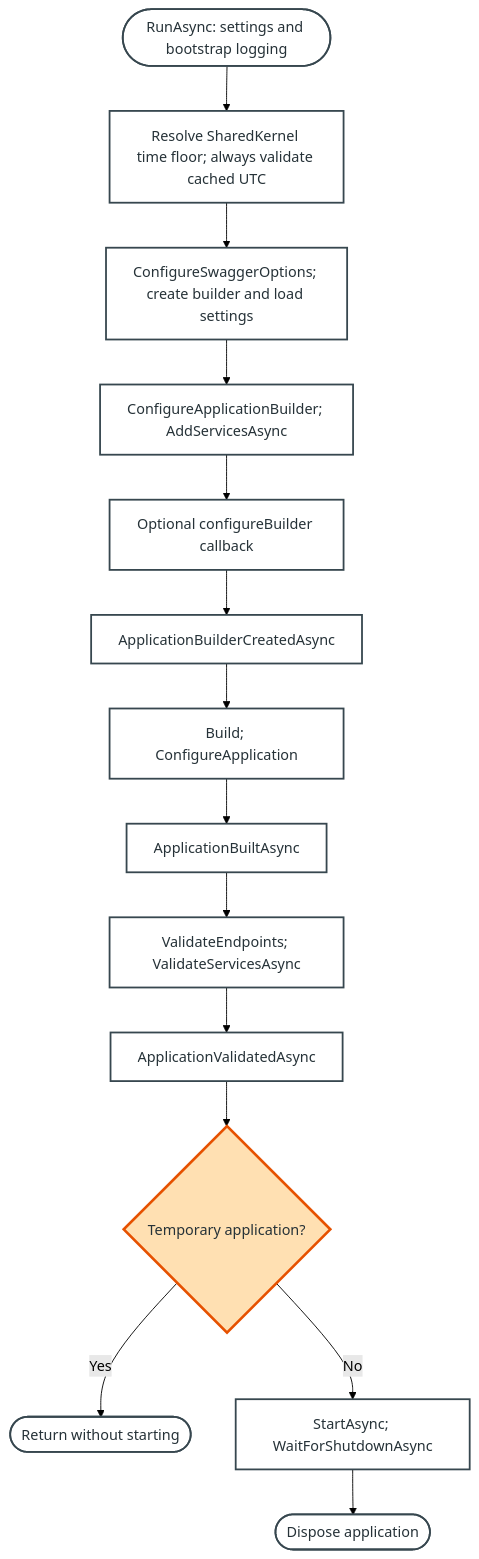
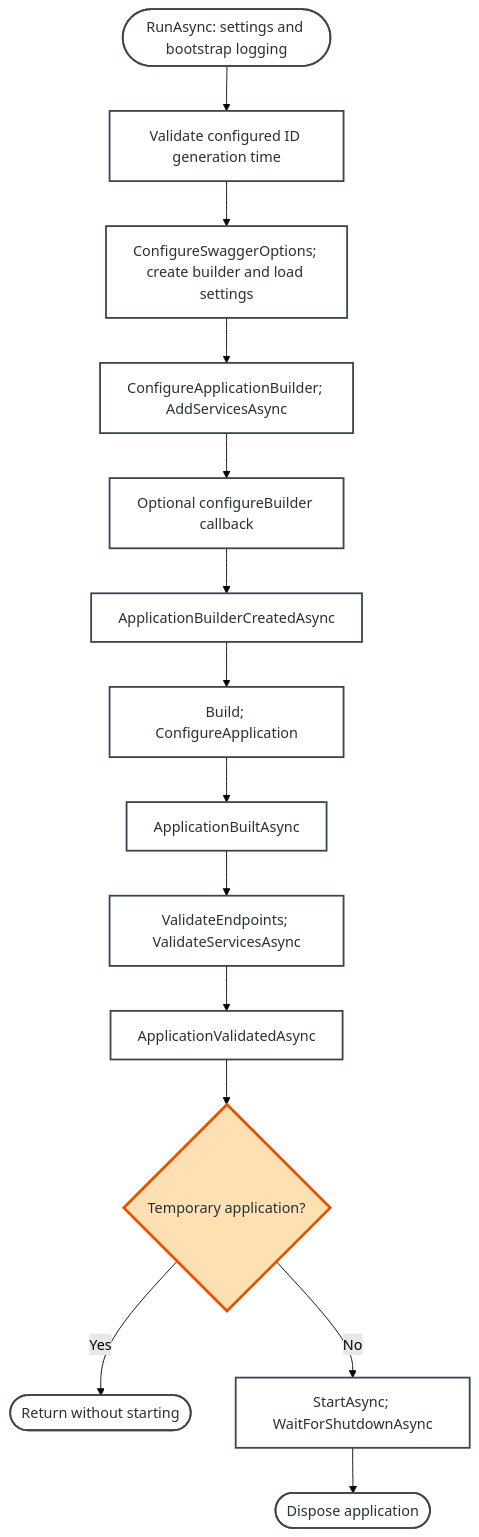
The diagram in DRN.Framework.Hosting/README.md (duranserkan/DRN-Project), drawn with Mermaid (forest theme) before and after one commit. The commit also changed other lines of this file and 103 other files, not shown here.

````diff
--- a/DRN.Framework.Hosting/README.md
+++ b/DRN.Framework.Hosting/README.md
@@ -131,23 +108,23 @@
 ```mermaid
 flowchart TD
     Start(["RunAsync: settings and bootstrap logging"])
-    Start --> Time["Resolve SharedKernel time floor; always validate cached UTC"]
+    Start --> Time["Validate configured ID generation time"]
     Time --> Builder["ConfigureSwaggerOptions; create builder and load settings"]
     Builder --> Configure["ConfigureApplicationBuilder; AddServicesAsync"]
     Configure --> Callback["Optional configureBuilder callback"]
     Callback --> Created["ApplicationBuilderCreatedAsync"]
     Created --> Build["Build; ConfigureApplication"]
     Build --> Built["ApplicationBuiltAsync"]
     Built --> Validate["ValidateEndpoints; ValidateServicesAsync"]
     Validate --> Validated["ApplicationValidatedAsync"]
     Validated --> Temporary{"Temporary application?"}
     Temporary -->|"Yes"| Return(["Return without starting"])
     Temporary -->|"No"| Run["StartAsync; WaitForShutdownAsync"]
     Run --> Dispose(["Dispose application"])
 
     %% Phase and decision styles
     classDef step fill:#FFFFFF,stroke:#37474F,stroke-width:2px,color:#263238
     classDef decision fill:#FFE0B2,stroke:#E65100,stroke-width:3px,color:#263238
     class Start,Time,Builder,Configure,Callback,Created,Build,Built,Validate,Validated,Return,Run,Dispose step
     class Temporary decision
 ```
````
